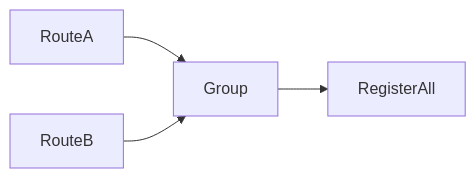
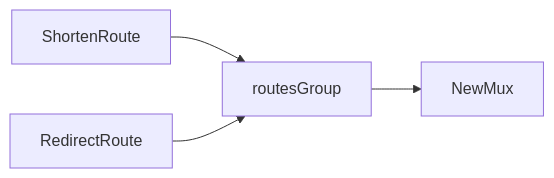
One commit to limistah/go-url-shortener changed the seventh of 11 diagrams in docs/walkthrough.md. Above: the diagram before and after it, drawn with Mermaid. The commit also changed other lines of this file and 48 other files, not shown here.

````diff
--- a/docs/walkthrough.md
+++ b/docs/walkthrough.md
@@ -90,6 +69,6 @@
 ```mermaid
 flowchart LR
-  RouteA --> Group
-  RouteB --> Group
-  Group --> RegisterAll
+  ShortenRoute --> routesGroup
+  RedirectRoute --> routesGroup
+  routesGroup --> NewMux
 ```
````
